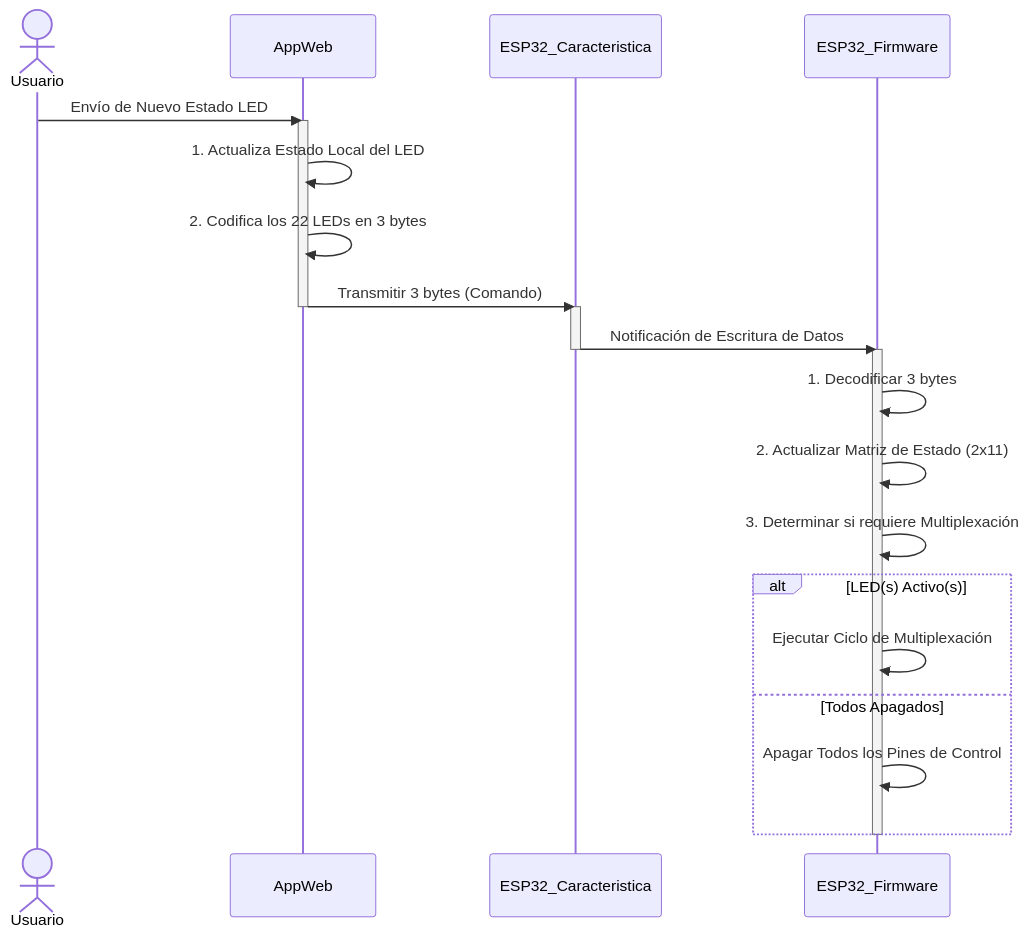
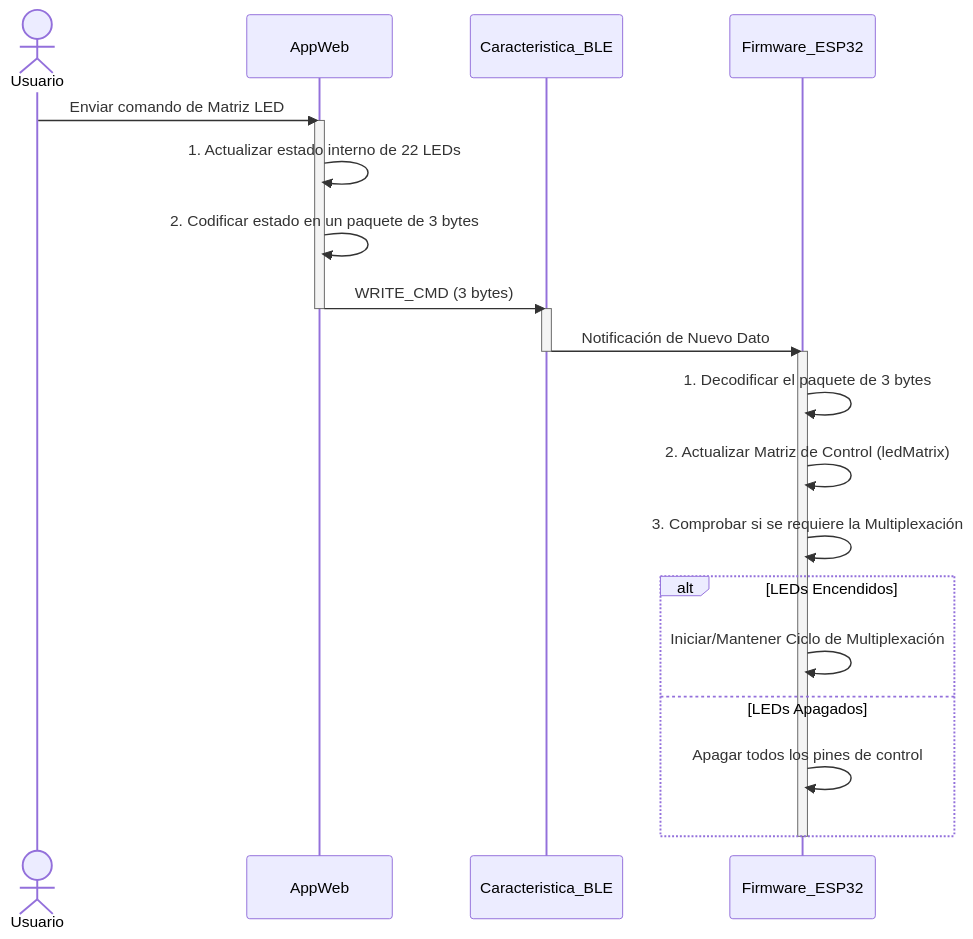
Before and after one commit to proyectoitsv/2025_SolarWAY: the diagram in Diagramas/Diagrama_secuencia.mmd, drawn with Mermaid. The commit also changed 3 other files, not shown here.

Commit message:
version nueva diagramas

```diff
--- a/Diagramas/Diagrama_secuencia.mmd
+++ b/Diagramas/Diagrama_secuencia.mmd
@@ -1,30 +1,30 @@
 sequenceDiagram
     actor Usuario
     participant AppWeb
-    participant ESP32_Caracteristica
-    participant ESP32_Firmware
+    participant Caracteristica_BLE
+    participant Firmware_ESP32
     
-    Usuario->>AppWeb: Envío de Nuevo Estado LED
+    Usuario->>AppWeb: Enviar comando de Matriz LED
     
     activate AppWeb
-    AppWeb->>AppWeb: 1. Actualiza Estado Local del LED
-    AppWeb->>AppWeb: 2. Codifica los 22 LEDs en 3 bytes
+    AppWeb->>AppWeb: 1. Actualizar estado interno de 22 LEDs
+    AppWeb->>AppWeb: 2. Codificar estado en un paquete de 3 bytes
     
-    AppWeb->>ESP32_Caracteristica: Transmitir 3 bytes (Comando)
+    AppWeb->>Caracteristica_BLE: WRITE_CMD (3 bytes)
     deactivate AppWeb
     
-    activate ESP32_Caracteristica
-    ESP32_Caracteristica->>ESP32_Firmware: Notificación de Escritura de Datos
-    deactivate ESP32_Caracteristica
+    activate Caracteristica_BLE
+    Caracteristica_BLE->>Firmware_ESP32: Notificación de Nuevo Dato
+    deactivate Caracteristica_BLE
     
-    activate ESP32_Firmware
-    ESP32_Firmware->>ESP32_Firmware: 1. Decodificar 3 bytes
-    ESP32_Firmware->>ESP32_Firmware: 2. Actualizar Matriz de Estado (2x11)
-    ESP32_Firmware->>ESP32_Firmware: 3. Determinar si requiere Multiplexación
+    activate Firmware_ESP32
+    Firmware_ESP32->>Firmware_ESP32: 1. Decodificar el paquete de 3 bytes
+    Firmware_ESP32->>Firmware_ESP32: 2. Actualizar Matriz de Control (ledMatrix)
+    Firmware_ESP32->>Firmware_ESP32: 3. Comprobar si se requiere la Multiplexación
     
-    alt LED(s) Activo(s)
-        ESP32_Firmware->>ESP32_Firmware: Ejecutar Ciclo de Multiplexación
-    else Todos Apagados
-        ESP32_Firmware->>ESP32_Firmware: Apagar Todos los Pines de Control
+    alt LEDs Encendidos
+        Firmware_ESP32->>Firmware_ESP32: Iniciar/Mantener Ciclo de Multiplexación
+    else LEDs Apagados
+        Firmware_ESP32->>Firmware_ESP32: Apagar todos los pines de control
     end
-    deactivate ESP32_Firmware
+    deactivate Firmware_ESP32
```
